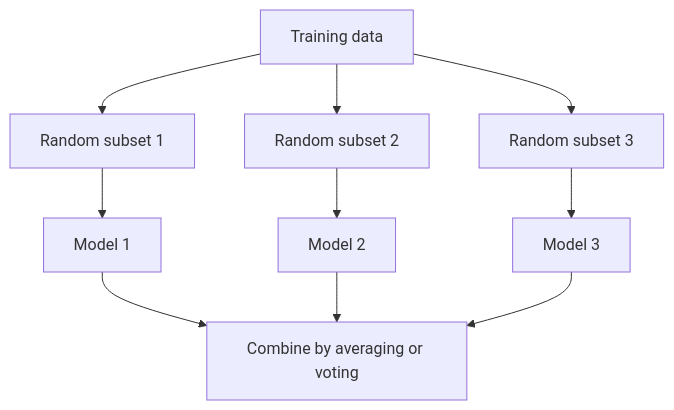
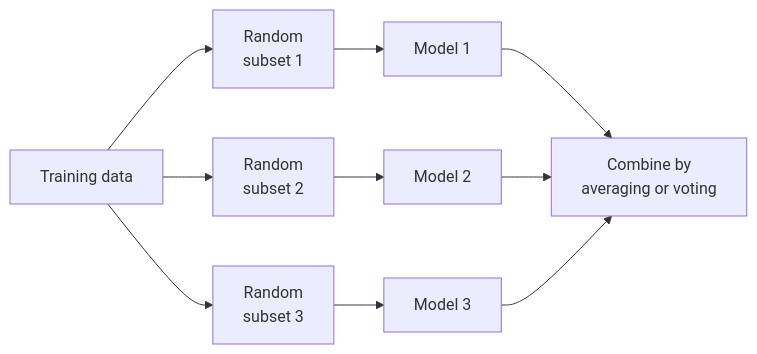
One commit to SureshAmal/learnmaker changed diagram 12 of 14 in ml-course/unit-3.md. Above: the diagram before and after it, drawn with Mermaid. The commit also changed other lines of this file and 668 other files, not shown here.

````diff
--- a/ml-course/unit-3.md
+++ b/ml-course/unit-3.md
@@ -431,12 +728,12 @@
 ```mermaid
-flowchart TD
-    D["Training data"] --> S1["Random subset 1"]
-    D --> S2["Random subset 2"]
-    D --> S3["Random subset 3"]
+flowchart LR
+    D["Training data"] --> S1["Random<br/>subset 1"]
+    D --> S2["Random<br/>subset 2"]
+    D --> S3["Random<br/>subset 3"]
     S1 --> M1["Model 1"]
     S2 --> M2["Model 2"]
     S3 --> M3["Model 3"]
-    M1 --> C["Combine by averaging or voting"]
+    M1 --> C["Combine by<br/>averaging or voting"]
     M2 --> C
     M3 --> C
 ```
````
